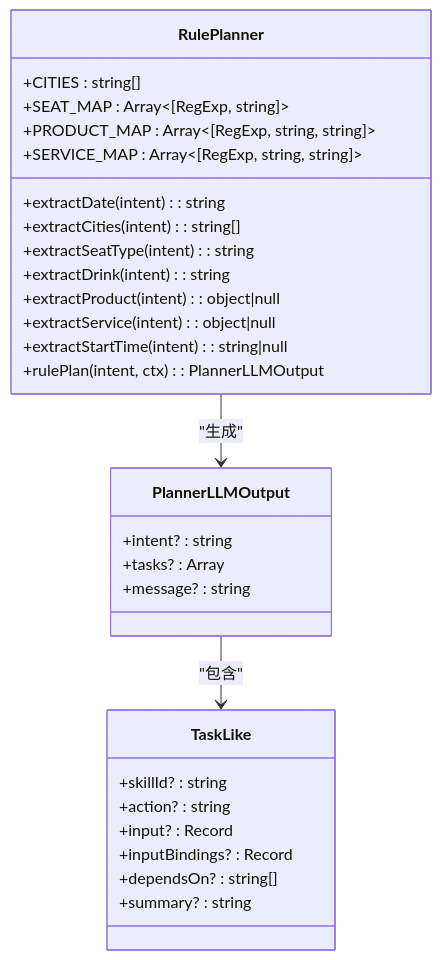
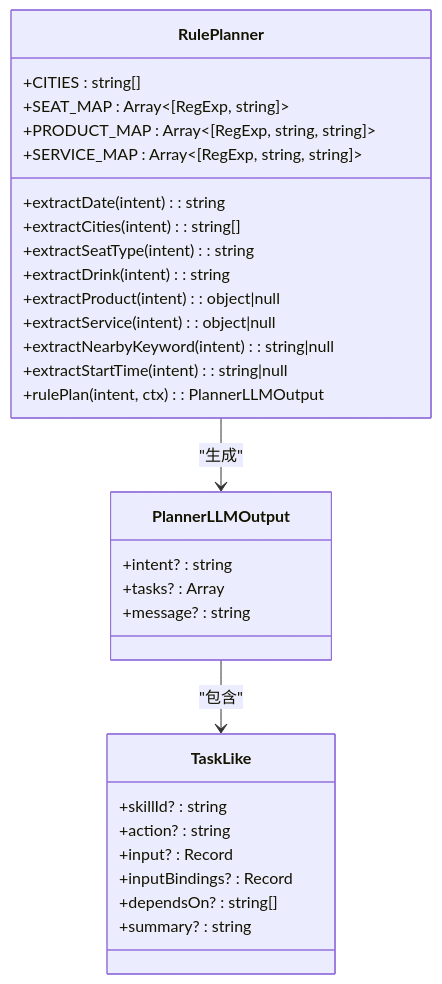
One commit to Ichi-Hackton/WAIC-WeChat-MiniProgram changed the fourth of 8 diagrams in .qoder/repowiki/zh/content/LLM集成/规则规划器.md. Above: the diagram before and after it, drawn with Mermaid. The commit also changed other lines of this file and 28 other files, not shown here.

````diff
--- a/.qoder/repowiki/zh/content/LLM集成/规则规划器.md
+++ b/.qoder/repowiki/zh/content/LLM集成/规则规划器.md
@@ -212,32 +227,33 @@
 ```mermaid
 classDiagram
 class RulePlanner {
 +CITIES : string[]
 +SEAT_MAP : Array<[RegExp, string]>
 +PRODUCT_MAP : Array<[RegExp, string, string]>
 +SERVICE_MAP : Array<[RegExp, string, string]>
 +extractDate(intent) : string
 +extractCities(intent) : string[]
 +extractSeatType(intent) : string
 +extractDrink(intent) : string
 +extractProduct(intent) : object|null
 +extractService(intent) : object|null
++extractNearbyKeyword(intent) : string|null
 +extractStartTime(intent) : string|null
 +rulePlan(intent, ctx) : PlannerLLMOutput
 }
 class PlannerLLMOutput {
 +intent? : string
 +tasks? : Array<TaskLike>
 +message? : string
 }
 class TaskLike {
 +skillId? : string
 +action? : string
 +input? : Record<string, unknown>
 +inputBindings? : Record<string, InputBinding>
 +dependsOn? : string[]
 +summary? : string
 }
 RulePlanner --> PlannerLLMOutput : "生成"
 PlannerLLMOutput --> TaskLike : "包含"
 ```
````
